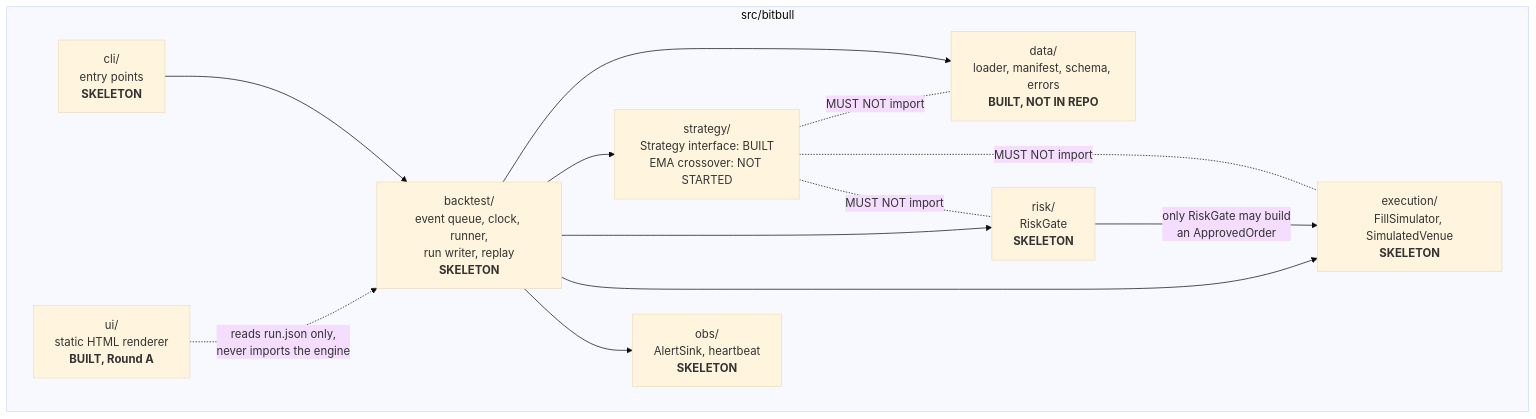
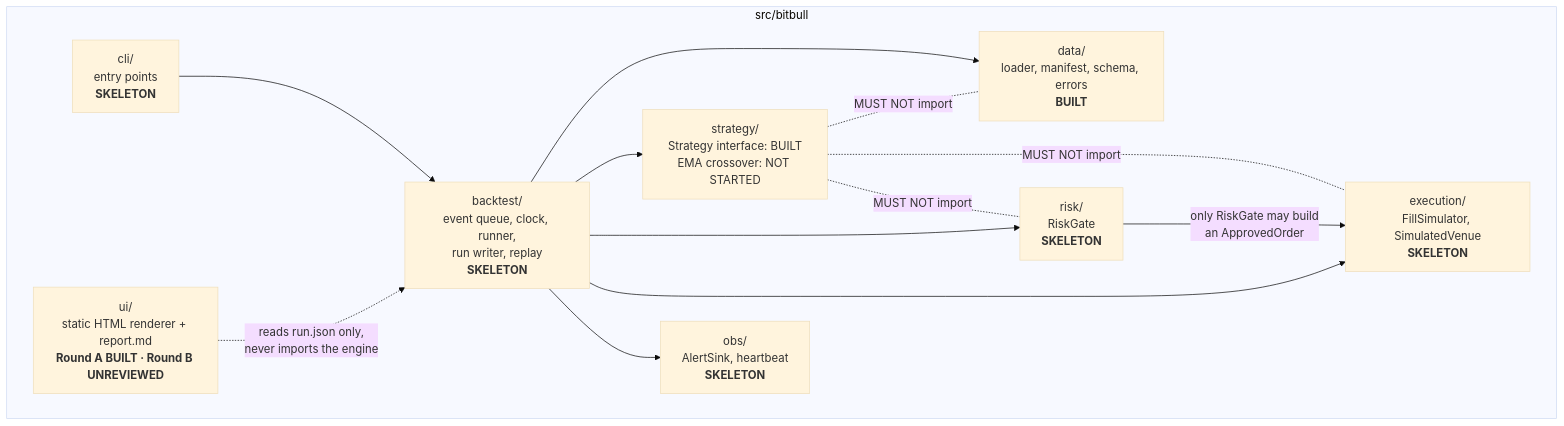
One commit to bitbullcapitalllc-arch/BitbullCapOrg changed the second of 3 diagrams in docs/backtest-bot/architecture.md. Above: the diagram before and after it, drawn with Mermaid (base theme). The commit also changed other lines of this file and 15 other files, not shown here.

First line of the commit message:
Docs and work notes for the bundled round: loader recovered, frontend unreviewed

````diff
--- a/docs/backtest-bot/architecture.md
+++ b/docs/backtest-bot/architecture.md
@@ -47,26 +47,26 @@
 ```mermaid
 flowchart TB
     subgraph PKG["src/bitbull"]
-        DATA["data/<br/>loader, manifest, schema, errors<br/><b>BUILT, NOT IN REPO</b>"]
+        DATA["data/<br/>loader, manifest, schema, errors<br/><b>BUILT</b>"]
         BT["backtest/<br/>event queue, clock, runner,<br/>run writer, replay<br/><b>SKELETON</b>"]
         STRAT["strategy/<br/>Strategy interface: BUILT<br/>EMA crossover: NOT STARTED"]
         RISK["risk/<br/>RiskGate<br/><b>SKELETON</b>"]
         EXEC["execution/<br/>FillSimulator, SimulatedVenue<br/><b>SKELETON</b>"]
         OBS["obs/<br/>AlertSink, heartbeat<br/><b>SKELETON</b>"]
-        UI["ui/<br/>static HTML renderer<br/><b>BUILT, Round A</b>"]
+        UI["ui/<br/>static HTML renderer + report.md<br/><b>Round A BUILT · Round B UNREVIEWED</b>"]
         CLI["cli/<br/>entry points<br/><b>SKELETON</b>"]
     end
 
     CLI --> BT
     BT --> DATA
     BT --> STRAT
     BT --> RISK
     BT --> EXEC
     BT --> OBS
     RISK -->|"only RiskGate may build<br/>an ApprovedOrder"| EXEC
     UI -. "reads run.json only,<br/>never imports the engine" .-> BT
 
     STRAT -. "MUST NOT import" .- DATA
     STRAT -. "MUST NOT import" .- EXEC
     STRAT -. "MUST NOT import" .- RISK
 ```
````
